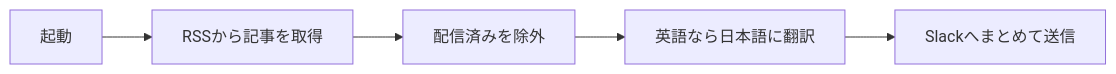
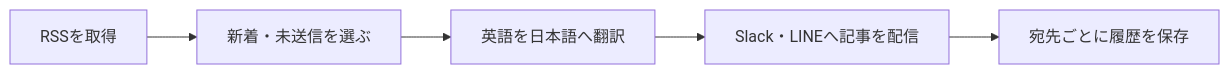
One commit to SyamGRITio/azure-news-notifier changed the diagram in docs/images/overview.mmd. Above: the diagram before and after it, drawn with Mermaid. The commit also changed 7 other files, not shown here.

Commit message:
設計書と構成図を現在の配信・監視構成に更新

```diff
--- a/docs/images/overview.mmd
+++ b/docs/images/overview.mmd
@@ -1,5 +1,5 @@
 flowchart LR
-    start["起動"] --> feeds["RSSから記事を取得"]
-    feeds --> dedup["配信済みを除外"]
-    dedup --> translation["英語なら日本語に翻訳"]
-    translation --> slack["Slackへまとめて送信"]
+  rss["RSSを取得"] --> select["新着・未送信を選ぶ"]
+  select --> translate["英語を日本語へ翻訳"]
+  translate --> send["Slack・LINEへ記事を配信"]
+  send --> state["宛先ごとに履歴を保存"]
```
